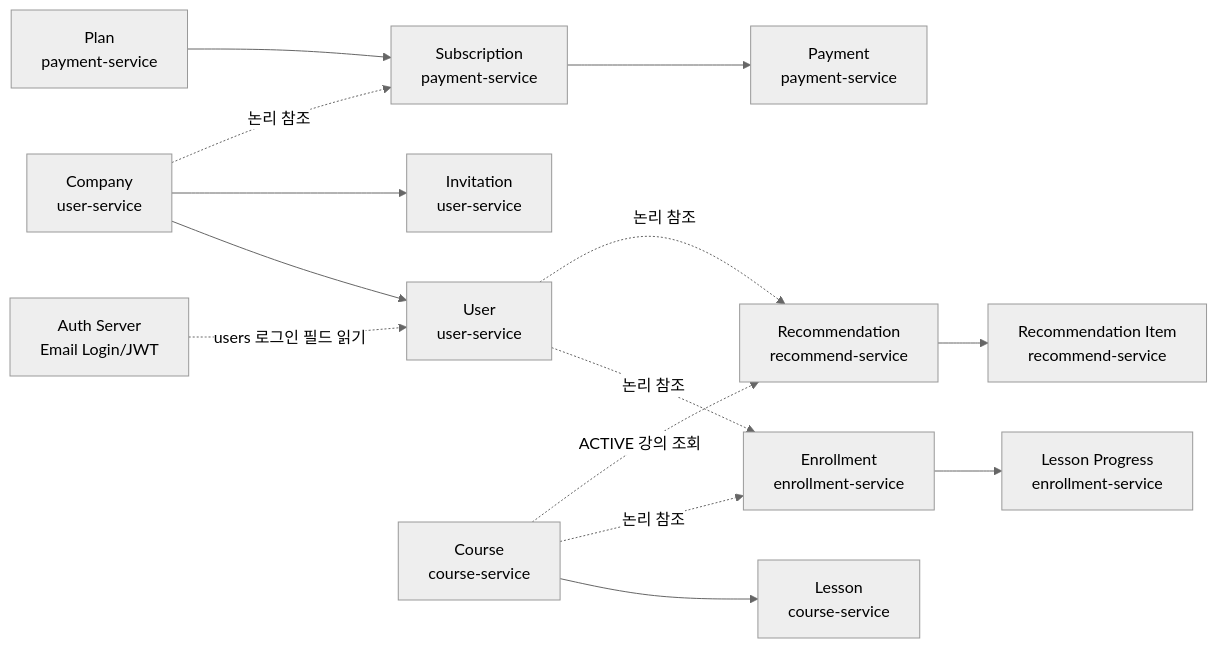
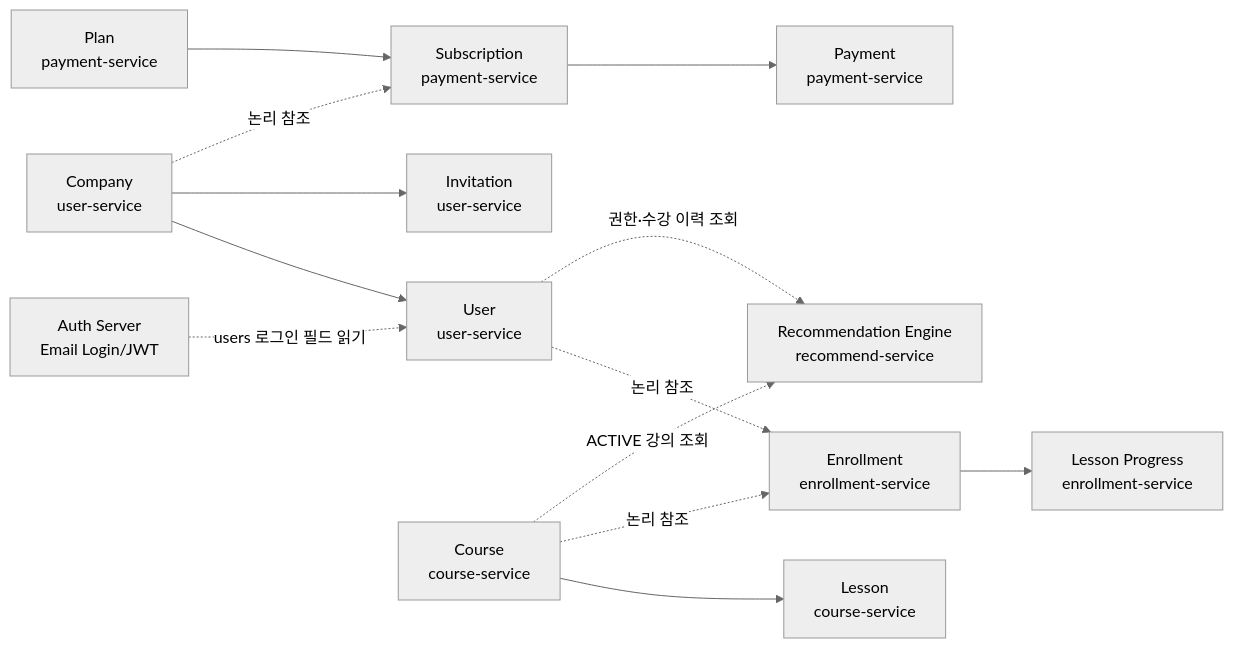
One commit to skala-msa-team/linguaroute-msa changed the first of 5 diagrams in docs/erd.md. Above: the diagram before and after it, drawn with Mermaid (neutral theme). The commit also changed other lines of this file and 77 other files, not shown here.

````diff
--- a/docs/erd.md
+++ b/docs/erd.md
@@ -19,16 +19,15 @@
 ```mermaid
 flowchart LR
     AUTH_SERVER["Auth Server<br/>Email Login/JWT"] -. "users 로그인 필드 읽기" .-> USER
     COMPANY["Company<br/>user-service"] --> USER["User<br/>user-service"]
     COMPANY --> INVITATION["Invitation<br/>user-service"]
     COMPANY -. "논리 참조" .-> SUBSCRIPTION["Subscription<br/>payment-service"]
     PLAN["Plan<br/>payment-service"] --> SUBSCRIPTION
     SUBSCRIPTION --> PAYMENT["Payment<br/>payment-service"]
     USER -. "논리 참조" .-> ENROLLMENT["Enrollment<br/>enrollment-service"]
     COURSE["Course<br/>course-service"] --> LESSON["Lesson<br/>course-service"]
     COURSE -. "논리 참조" .-> ENROLLMENT
     ENROLLMENT --> PROGRESS["Lesson Progress<br/>enrollment-service"]
-    USER -. "논리 참조" .-> RECOMMENDATION["Recommendation<br/>recommend-service"]
-    COURSE -. "ACTIVE 강의 조회" .-> RECOMMENDATION
-    RECOMMENDATION --> RECOMMENDATION_ITEM["Recommendation Item<br/>recommend-service"]
+    USER -. "권한·수강 이력 조회" .-> RECOMMEND_ENGINE["Recommendation Engine<br/>recommend-service"]
+    COURSE -. "ACTIVE 강의 조회" .-> RECOMMEND_ENGINE
 ```
````
